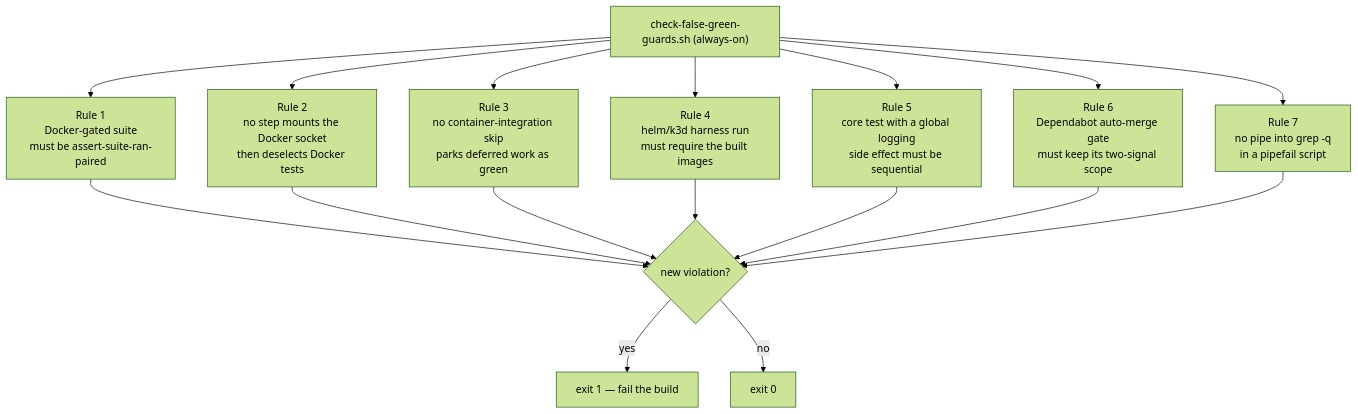
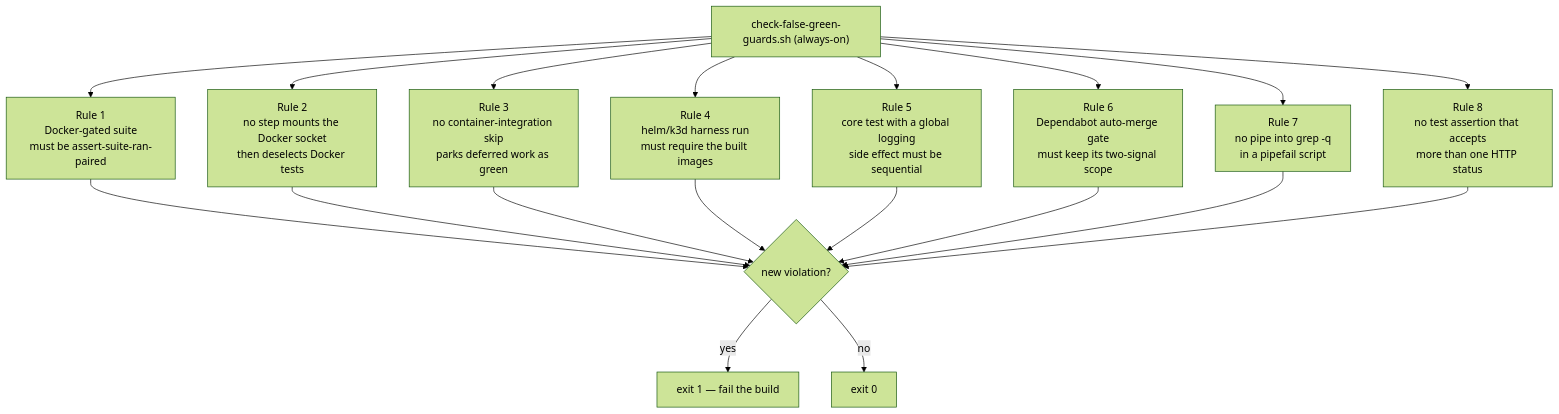
One commit to mock-server/mockserver changed the diagram in docs/operations/false-green-guards.md. Above: the diagram before and after it, drawn with Mermaid (forest theme). The commit also changed other lines of this file and 27 other files, not shown here.

First line of the commit message:
ci(guards): reject too-loose status assertions (Rule 8) and tighten them

````diff
--- a/docs/operations/false-green-guards.md
+++ b/docs/operations/false-green-guards.md
@@ -24,26 +24,29 @@
 ```mermaid
 flowchart TD
   A["check-false-green-guards.sh (always-on)"] --> R1
   A --> R2
   A --> R3
   A --> R4
   A --> R5
   A --> R6
   A --> R7
+  A --> R8
   R1["Rule 1\nDocker-gated suite\nmust be assert-suite-ran-paired"]
   R2["Rule 2\nno step mounts the Docker socket\nthen deselects Docker tests"]
   R3["Rule 3\nno container-integration skip\nparks deferred work as green"]
   R4["Rule 4\nhelm/k3d harness run\nmust require the built images"]
   R5["Rule 5\ncore test with a global logging\nside effect must be sequential"]
   R6["Rule 6\nDependabot auto-merge gate\nmust keep its two-signal scope"]
   R7["Rule 7\nno pipe into grep -q\nin a pipefail script"]
+  R8["Rule 8\nno test assertion that accepts\nmore than one HTTP status"]
   R1 --> V{"new violation?"}
   R2 --> V
   R3 --> V
   R4 --> V
   R5 --> V
   R6 --> V
   R7 --> V
+  R8 --> V
   V -- yes --> F["exit 1 — fail the build"]
   V -- no --> P["exit 0"]
 ```
````
